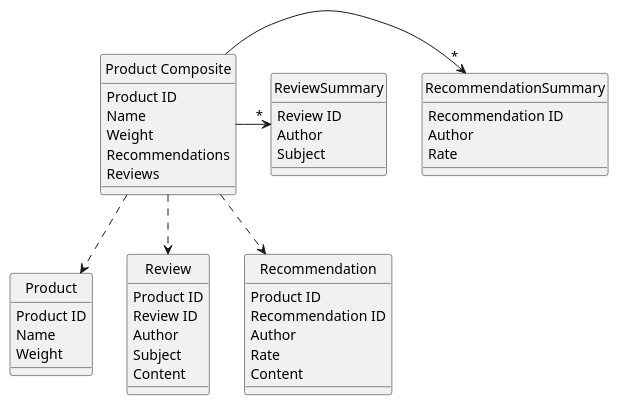
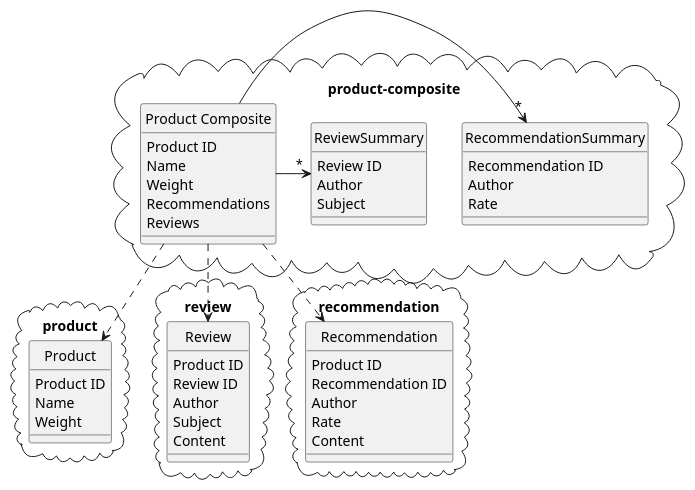
One commit to teddyprogramming/teddyprogramming.github.io changed the diagram in docs/spring-boot/microservices-with-spring-boot-3-and-spring-cloud/03-creating-a-set-of-cooperating-microservices.md. Above: the diagram before and after it, drawn with PlantUML. The commit also changed other lines of this file, not shown here.

````diff
--- a/docs/spring-boot/microservices-with-spring-boot-3-and-spring-cloud/03-creating-a-set-of-cooperating-microservices.md
+++ b/docs/spring-boot/microservices-with-spring-boot-3-and-spring-cloud/03-creating-a-set-of-cooperating-microservices.md
@@ -3,51 +3,58 @@
 ```plantuml
 hide circle
 
-class "Product Composite" as pc {
-    Product ID
-    Name
-    Weight
-    Recommendations
-    Reviews
+cloud "product-composite"{
+    class "Product Composite" as pc {
+        Product ID
+        Name
+        Weight
+        Recommendations
+        Reviews
+    }
+    class RecommendationSummary {
+        Recommendation ID
+        Author
+        Rate
+    }
+
+    class ReviewSummary {
+        Review ID
+        Author
+        Subject
+    }
+    pc ->"*" RecommendationSummary
+    pc ->"*" ReviewSummary
 }
 
-class "Product" as p {
-    Product ID
-    Name
-    Weight
+cloud "product" {
+    class "Product" as p {
+        Product ID
+        Name
+        Weight
+    }
 }
 
-class "Review" as r {
-    Product ID
-    Review ID
-    Author
-    Subject
-    Content
+cloud "review" {
+    class "Review" as r {
+        Product ID
+        Review ID
+        Author
+        Subject
+        Content
+    }
 }
 
-class "Recommendation" as rcd {
-    Product ID
-    Recommendation ID
-    Author
-    Rate
-    Content
-}
-
-class RecommendationSummary {
-    Recommendation ID
-    Author
-    Rate
-}
-
-class ReviewSummary {
-    Review ID
-    Author
-    Subject
+cloud "recommendation" {
+    class "Recommendation" as rcd {
+        Product ID
+        Recommendation ID
+        Author
+        Rate
+        Content
+    }
 }
 
 pc ..> p
 pc ..> r
 pc ..> rcd
-pc ->"*" RecommendationSummary
-pc ->"*" ReviewSummary
 ```
````
